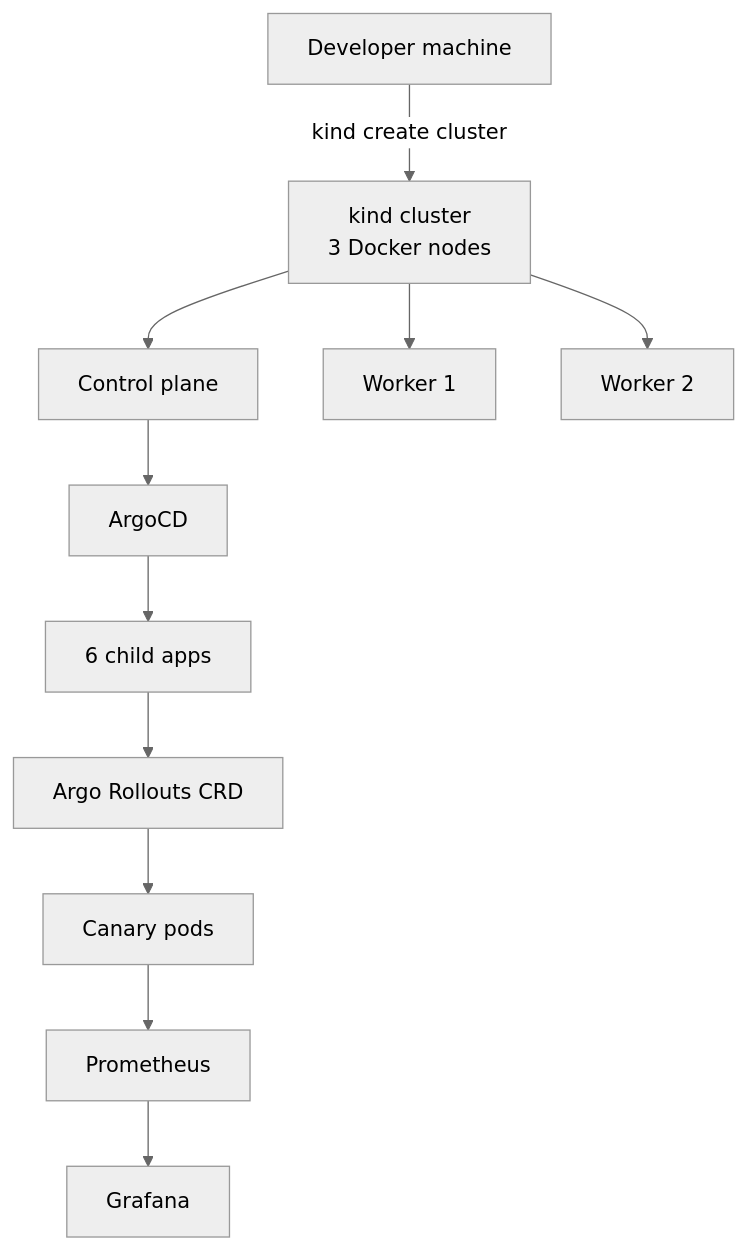
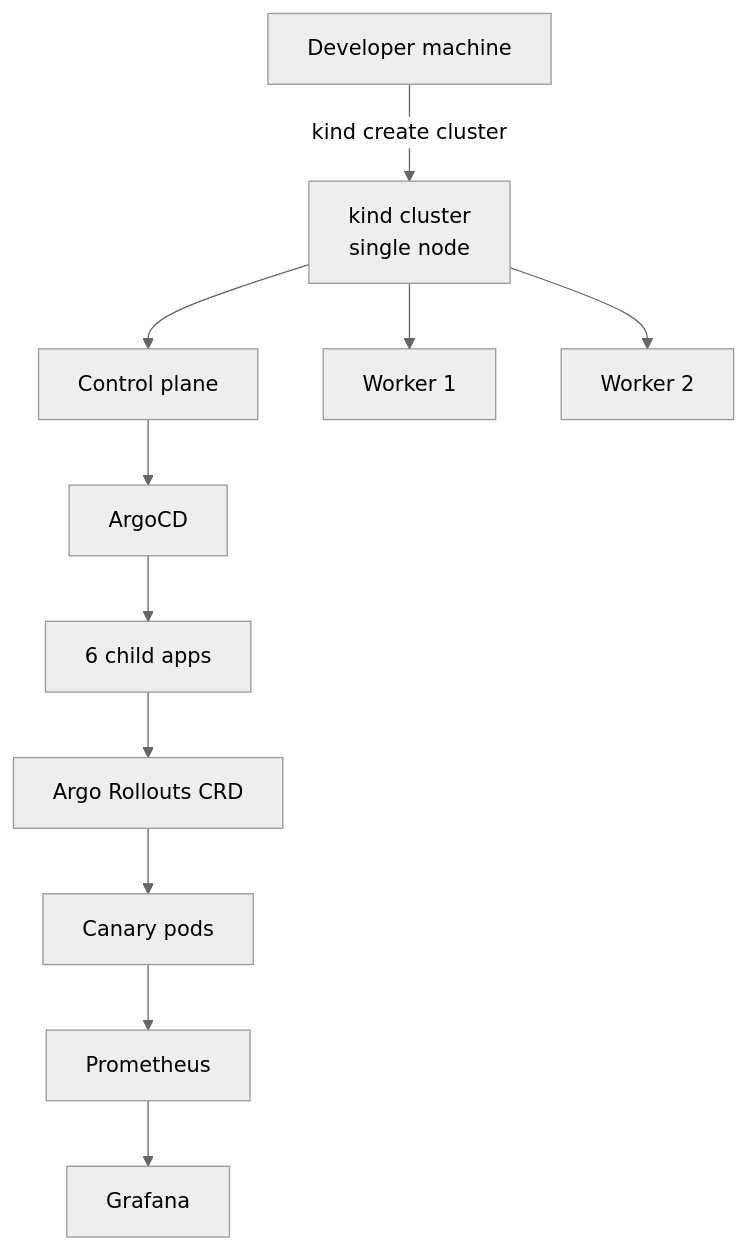
Before and after one commit to ykstorm/devops-showcase: the diagram in README.md, drawn with Mermaid (neutral theme). The commit also changed other lines of this file, not shown here.

Commit message:
docs: document the ~6 GB Docker memory floor; fix stale node count in diagram

````diff
--- a/README.md
+++ b/README.md
@@ -85,13 +87,13 @@
 ```mermaid
 graph TD
-    Dev[Developer machine] -->|kind create cluster| Kind[kind cluster<br/>3 Docker nodes]
+    Dev[Developer machine] -->|kind create cluster| Kind[kind cluster<br/>single node]
     Kind --> CP[Control plane]
     Kind --> W1[Worker 1]
     Kind --> W2[Worker 2]
     CP --> Argo[ArgoCD]
     Argo --> Apps[6 child apps]
     Apps --> Rollout[Argo Rollouts CRD]
     Rollout --> Pods[Canary pods]
     Pods --> Prom[Prometheus]
     Prom --> Graf[Grafana]
 ```
````
